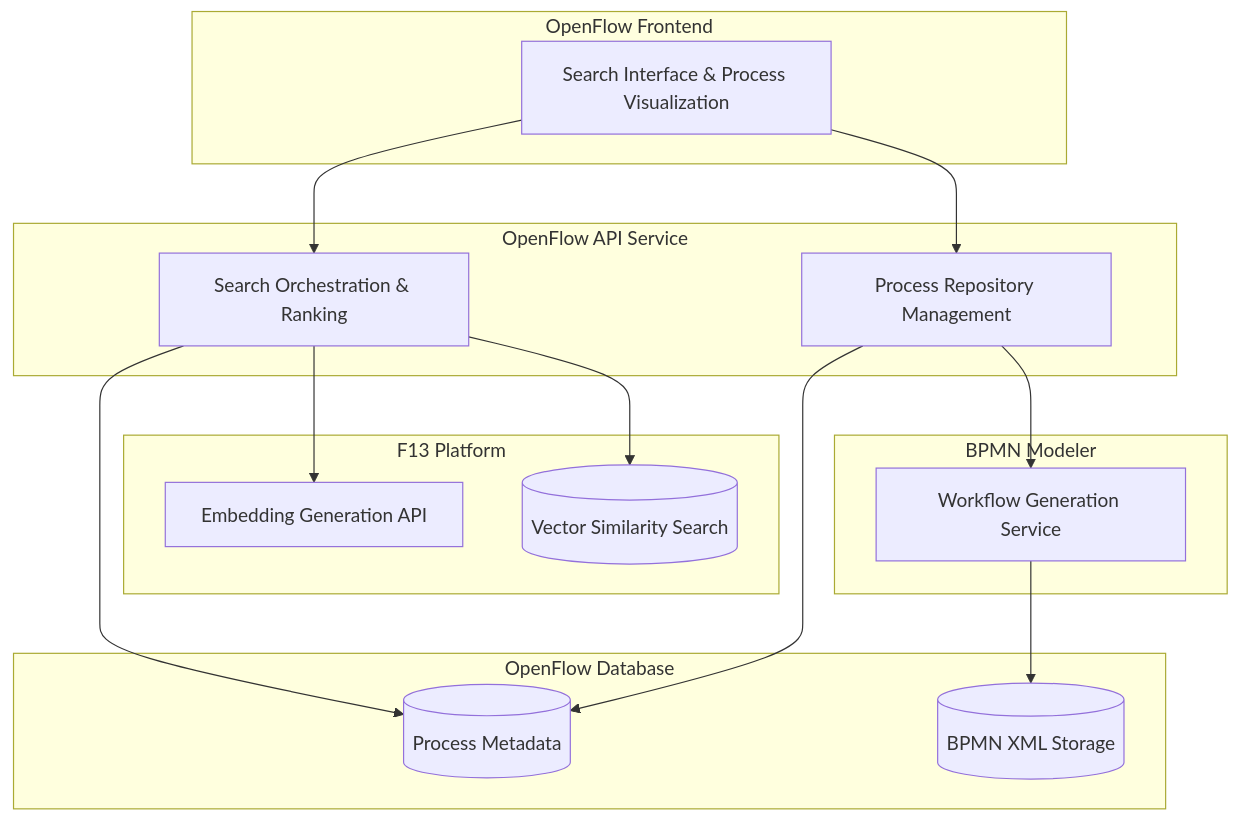
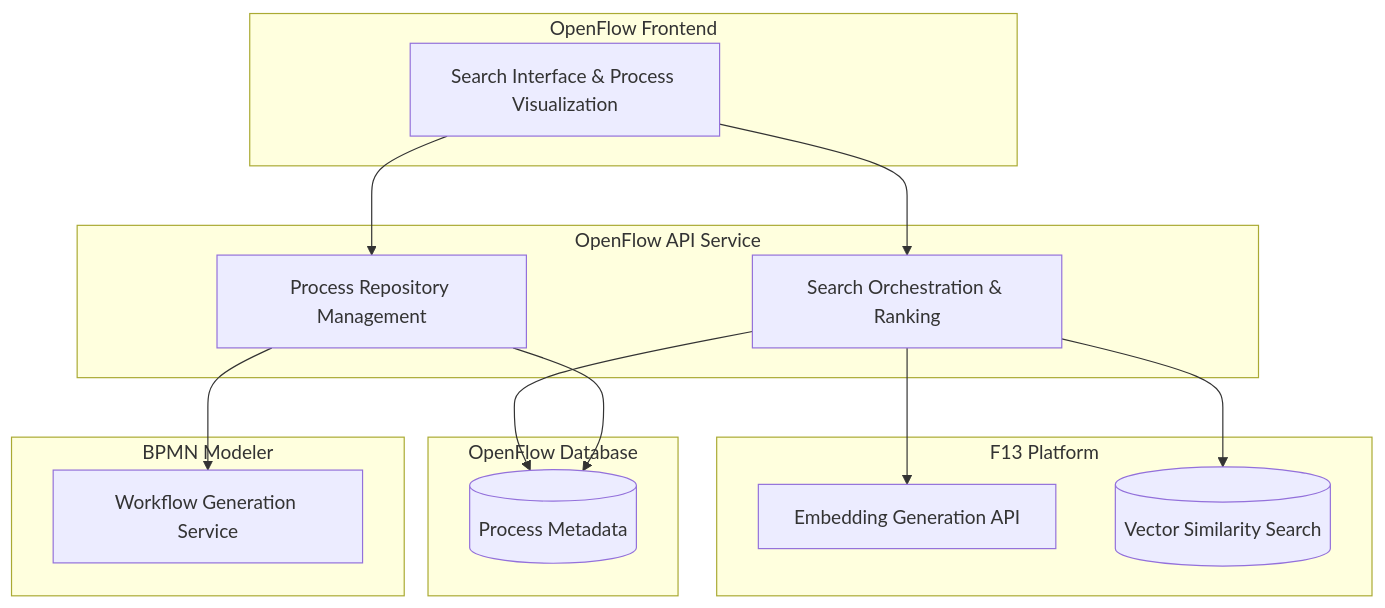
One commit to vensas/govtech-hackathon-2025-openflow changed the third of 4 diagrams in README.md. Above: the diagram before and after it, drawn with Mermaid. The commit also changed other lines of this file and 3 other files, not shown here.

````diff
--- a/README.md
+++ b/README.md
@@ -68,29 +84,27 @@
 ```mermaid
 flowchart
    subgraph OpenFlow Frontend
       A[Search Interface & Process Visualization]
    end
    subgraph OpenFlow API Service
         B[Process Repository Management]
         C[Search Orchestration & Ranking]
    end
    subgraph OpenFlow Database
         F[(Process Metadata)]
-        H[(BPMN XML Storage)]
    end
    subgraph F13 Platform
       J[Embedding Generation API]
       K[(Vector Similarity Search)]
    end
    subgraph BPMN Modeler
       L[Workflow Generation Service]
    end
       A --> B
       A --> C
       B --> F
       C --> J
       C --> K
       C --> F
       B --> L
-      L --> H
 ```
````
